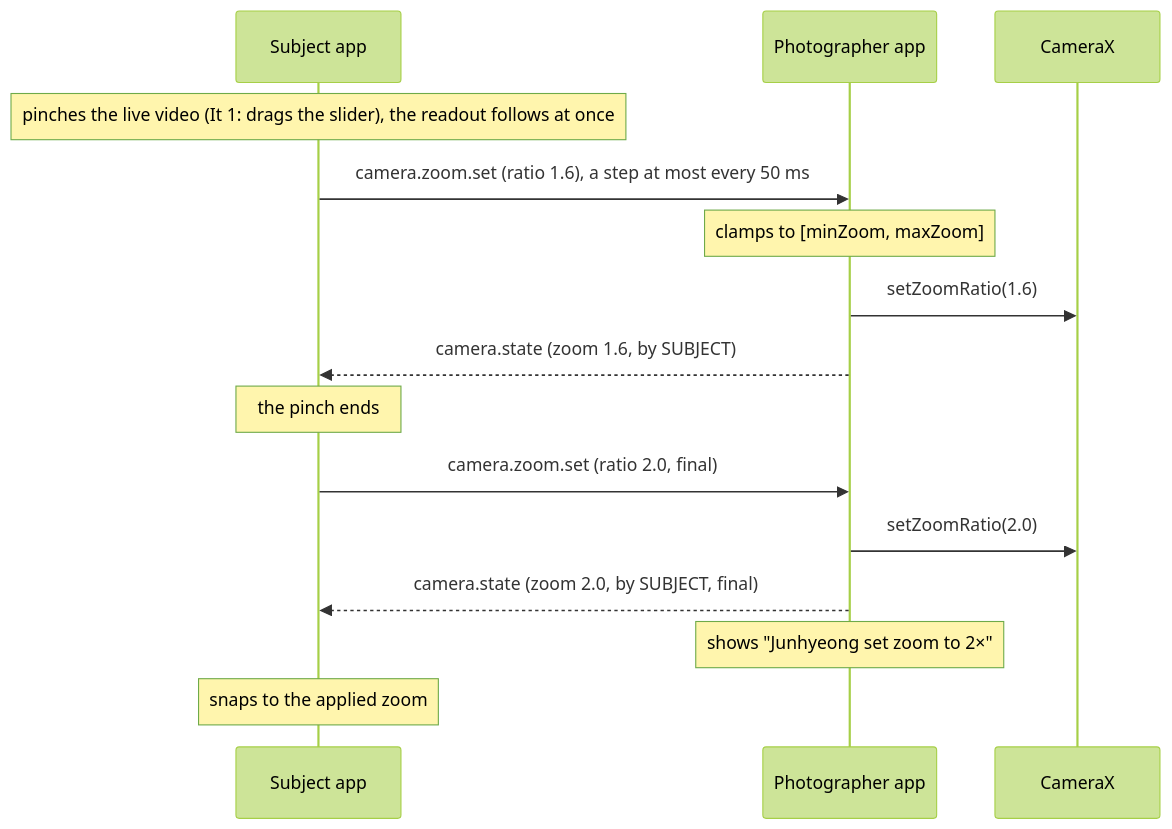
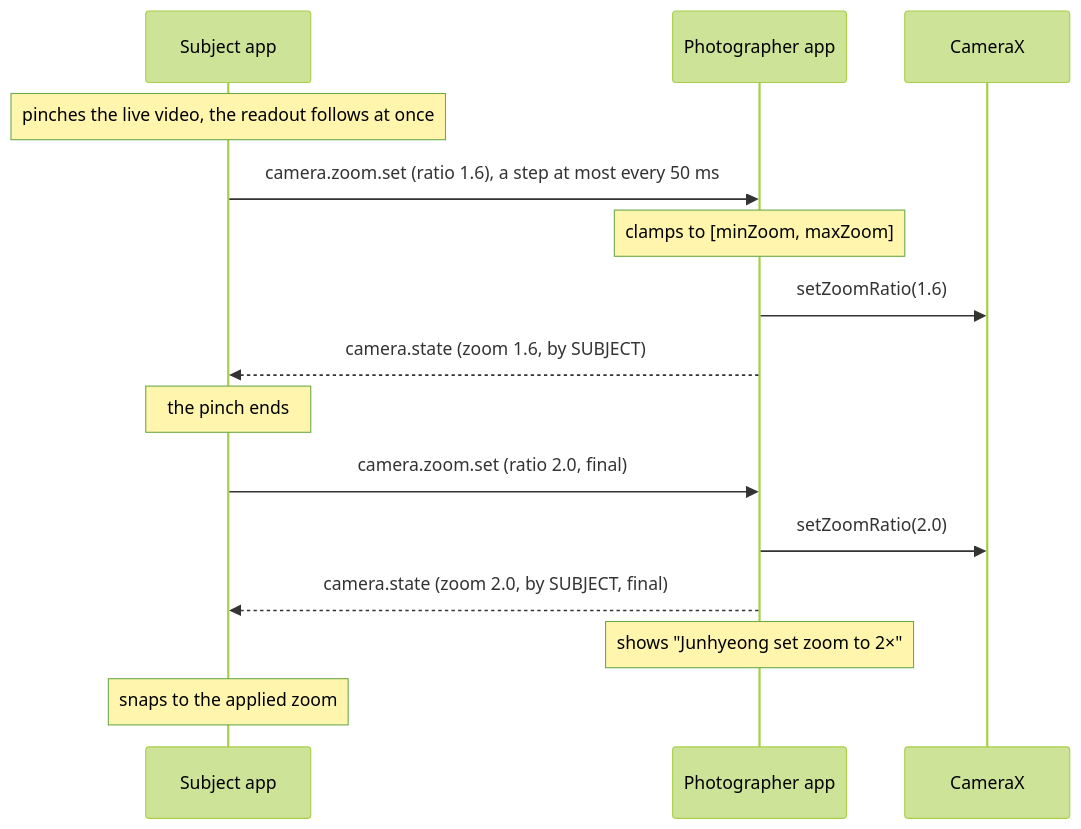
Before and after one commit to snuhcs-course/swpp-2026-project-team-10: the second of 12 diagrams in wiki/Design-Documentation.md, drawn with Mermaid (forest theme). The commit also changed other lines of this file and 1 other file, not shown here.

````diff
--- a/wiki/Design-Documentation.md
+++ b/wiki/Design-Documentation.md
@@ -141,17 +143,17 @@
 ```mermaid
 sequenceDiagram
   participant S as Subject app
   participant P as Photographer app
   participant C as CameraX
-  Note over S: pinches the live video (It 1: drags the slider), the readout follows at once
+  Note over S: pinches the live video, the readout follows at once
   S->>P: camera.zoom.set (ratio 1.6), a step at most every 50 ms
   Note over P: clamps to [minZoom, maxZoom]
   P->>C: setZoomRatio(1.6)
   P-->>S: camera.state (zoom 1.6, by SUBJECT)
   Note over S: the pinch ends
   S->>P: camera.zoom.set (ratio 2.0, final)
   P->>C: setZoomRatio(2.0)
   P-->>S: camera.state (zoom 2.0, by SUBJECT, final)
   Note over P: shows "Junhyeong set zoom to 2×"
   Note over S: snaps to the applied zoom
 ```
````
